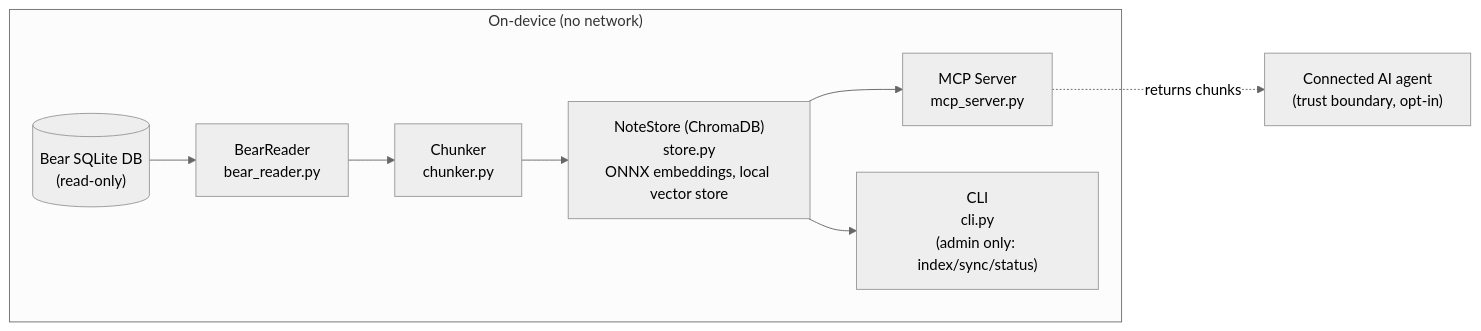
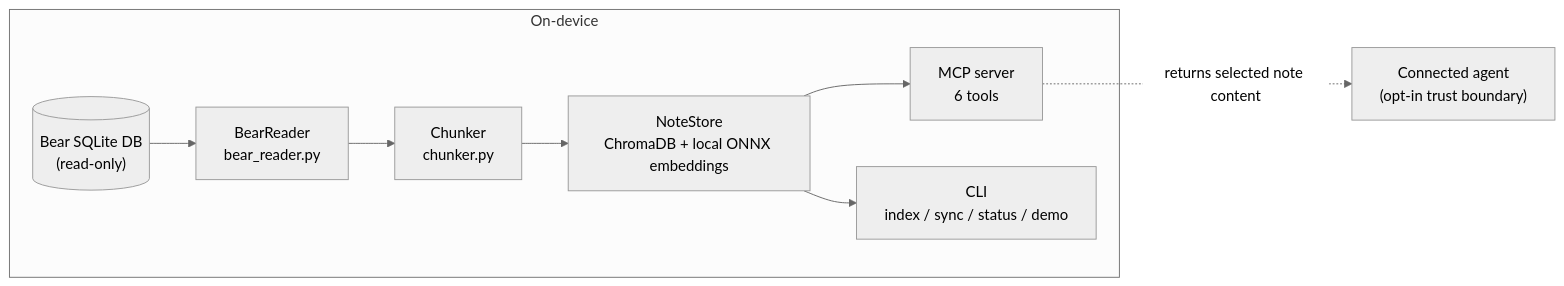
Before and after one commit to fairbearlab/bear-app-rag: the diagram in README.md, drawn with Mermaid (neutral theme). The commit also changed other lines of this file and 21 other files, not shown here.

````diff
--- a/README.md
+++ b/README.md
@@ -51,11 +53,11 @@
 ```mermaid
 flowchart LR
-    subgraph local["On-device (no network)"]
+    subgraph local["On-device"]
         DB[("Bear SQLite DB<br/>(read-only)")] --> BR["BearReader<br/>bear_reader.py"]
         BR --> CH["Chunker<br/>chunker.py"]
-        CH --> NS["NoteStore (ChromaDB)<br/>store.py<br/>ONNX embeddings, local vector store"]
-        NS --> MCP["MCP Server<br/>mcp_server.py"]
-        NS --> CLI["CLI<br/>cli.py<br/>(admin only: index/sync/status)"]
+        CH --> NS["NoteStore<br/>ChromaDB + local ONNX embeddings"]
+        NS --> MCP["MCP server<br/>6 tools"]
+        NS --> CLI["CLI<br/>index / sync / status / demo"]
     end
-    MCP -. "returns chunks" .-> Agent["Connected AI agent<br/>(trust boundary, opt-in)"]
+    MCP -. "returns selected note content" .-> Agent["Connected agent<br/>(opt-in trust boundary)"]
 ```
````
